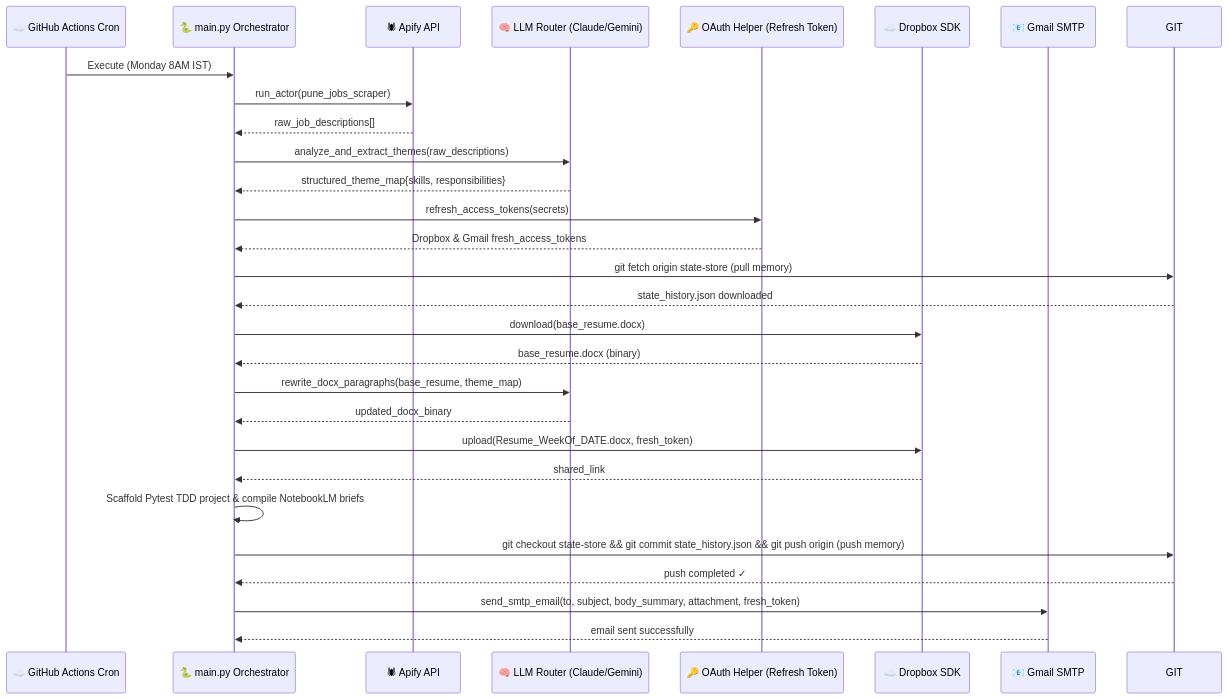
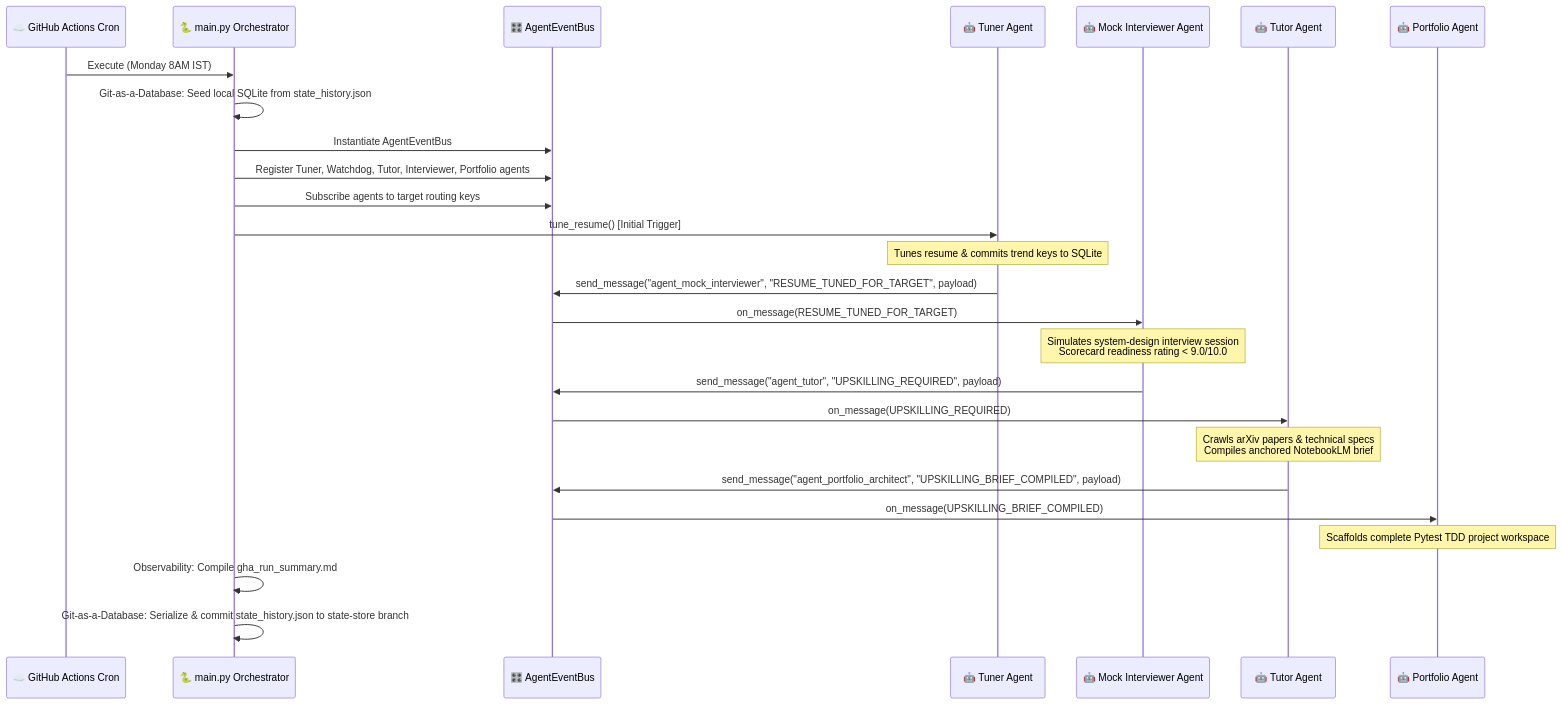
One commit to mayukhg/mg-ai-job-scanner changed the fourth of 5 diagrams in ARCHITECTURE_HYBRID.md. Above: the diagram before and after it, drawn with Mermaid. The commit also changed other lines of this file and 15 other files, not shown here.

Commit message:
feat: transition Career Intelligence Engine to Reactive A2A Messaging Architecture & upgrade docs

````diff
--- a/ARCHITECTURE_HYBRID.md
+++ b/ARCHITECTURE_HYBRID.md
@@ -96,42 +97,35 @@
 ```mermaid
 sequenceDiagram
     participant GHA as ☁️ GitHub Actions Cron
     participant PY as 🐍 main.py Orchestrator
-    participant AP as 🕷 Apify API
-    participant LL as 🧠 LLM Router (Claude/Gemini)
-    participant OATH as 🔑 OAuth Helper (Refresh Token)
-    participant DB as ☁️ Dropbox SDK
-    participant GM as 📧 Gmail SMTP
+    participant EB as 🎛️ AgentEventBus
+    participant ATN as 🤖 Tuner Agent
+    participant AMC as 🤖 Mock Interviewer Agent
+    participant ATT as 🤖 Tutor Agent
+    participant APA as 🤖 Portfolio Agent
 
     GHA->>PY: Execute (Monday 8AM IST)
+    PY->>PY: Git-as-a-Database: Seed local SQLite from state_history.json
+    PY->>EB: Instantiate AgentEventBus
+    PY->>EB: Register Tuner, Watchdog, Tutor, Interviewer, Portfolio agents
+    PY->>EB: Subscribe agents to target routing keys
     
-    PY->>AP: run_actor(pune_jobs_scraper)
-    AP-->>PY: raw_job_descriptions[]
+    PY->>ATN: tune_resume() [Initial Trigger]
+    Note over ATN: Tunes resume & commits trend keys to SQLite
+    
+    ATN->>EB: send_message("agent_mock_interviewer", "RESUME_TUNED_FOR_TARGET", payload)
+    EB->>AMC: on_message(RESUME_TUNED_FOR_TARGET)
+    
+    Note over AMC: Simulates system-design interview session<br/>Scorecard readiness rating < 9.0/10.0
+    AMC->>EB: send_message("agent_tutor", "UPSKILLING_REQUIRED", payload)
+    EB->>ATT: on_message(UPSKILLING_REQUIRED)
 
-    PY->>LL: analyze_and_extract_themes(raw_descriptions)
-    LL-->>PY: structured_theme_map{skills, responsibilities}
+    Note over ATT: Crawls arXiv papers & technical specs<br/>Compiles anchored NotebookLM brief
+    ATT->>EB: send_message("agent_portfolio_architect", "UPSKILLING_BRIEF_COMPILED", payload)
+    EB->>APA: on_message(UPSKILLING_BRIEF_COMPILED)
 
-    PY->>OATH: refresh_access_tokens(secrets)
-    OATH-->>PY: Dropbox & Gmail fresh_access_tokens
-
-    PY->>GIT: git fetch origin state-store (pull memory)
-    GIT-->>PY: state_history.json downloaded
-
-    PY->>DB: download(base_resume.docx)
-    DB-->>PY: base_resume.docx (binary)
-
-    PY->>LL: rewrite_docx_paragraphs(base_resume, theme_map)
-    LL-->>PY: updated_docx_binary
-
-    PY->>DB: upload(Resume_WeekOf_DATE.docx, fresh_token)
-    DB-->>PY: shared_link
-
-    PY->>PY: Scaffold Pytest TDD project & compile NotebookLM briefs
-
-    PY->>GIT: git checkout state-store && git commit state_history.json && git push origin (push memory)
-    GIT-->>PY: push completed ✓
-
-    PY->>GM: send_smtp_email(to, subject, body_summary, attachment, fresh_token)
-    GM-->>PY: email sent successfully
-
+    Note over APA: Scaffolds complete Pytest TDD project workspace
+    
+    PY->>PY: Observability: Compile gha_run_summary.md
+    PY->>PY: Git-as-a-Database: Serialize & commit state_history.json to state-store branch
 ```
````
